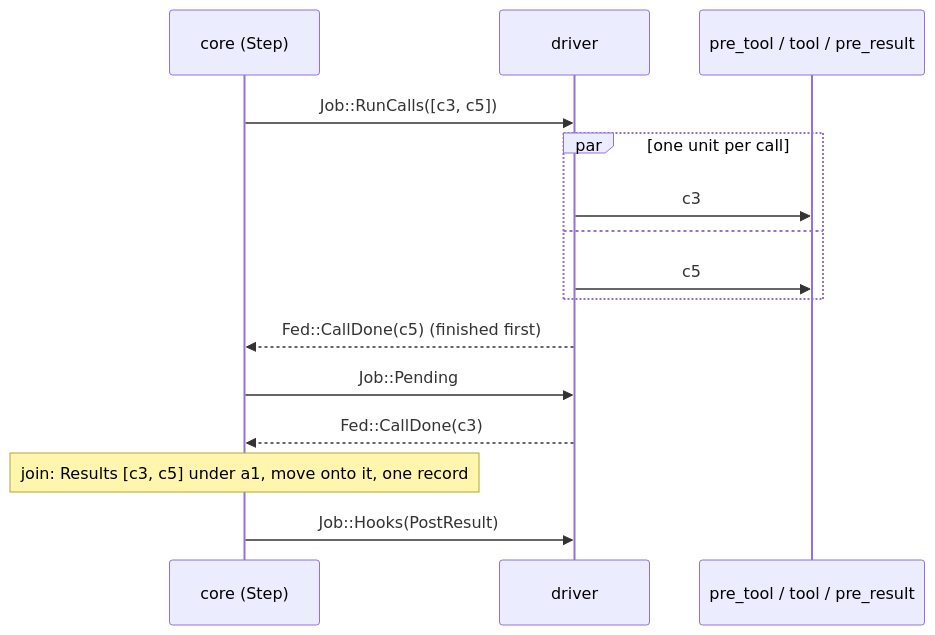
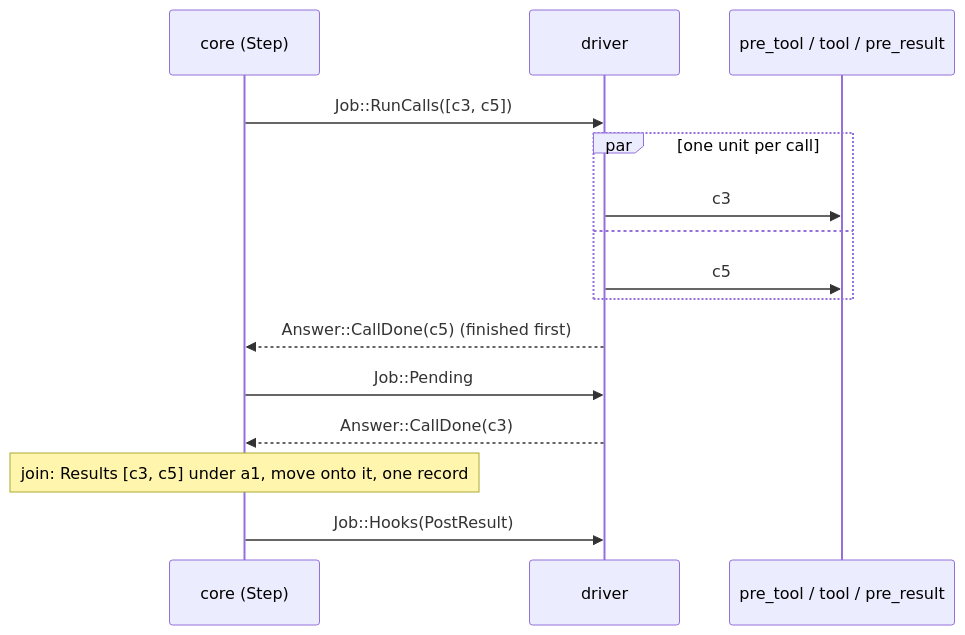
Before and after one commit to jmccardle/tau: the diagram in docs/design/diagrams/01-step.md, drawn with Mermaid. The commit also changed other lines of this file and 56 other files, not shown here.

````diff
--- a/docs/design/diagrams/01-step.md
+++ b/docs/design/diagrams/01-step.md
@@ -54,17 +54,17 @@
 ```mermaid
 sequenceDiagram
     participant C as core (Step)
     participant D as driver
     participant T as pre_tool / tool / pre_result
     C->>D: Job::RunCalls([c3, c5])
     par one unit per call
         D->>T: c3
     and
         D->>T: c5
     end
-    D-->>C: Fed::CallDone(c5) (finished first)
+    D-->>C: Answer::CallDone(c5) (finished first)
     C->>D: Job::Pending
-    D-->>C: Fed::CallDone(c3)
+    D-->>C: Answer::CallDone(c3)
     Note over C: join: Results [c3, c5] under a1, move onto it, one record
     C->>D: Job::Hooks(PostResult)
 ```
````
